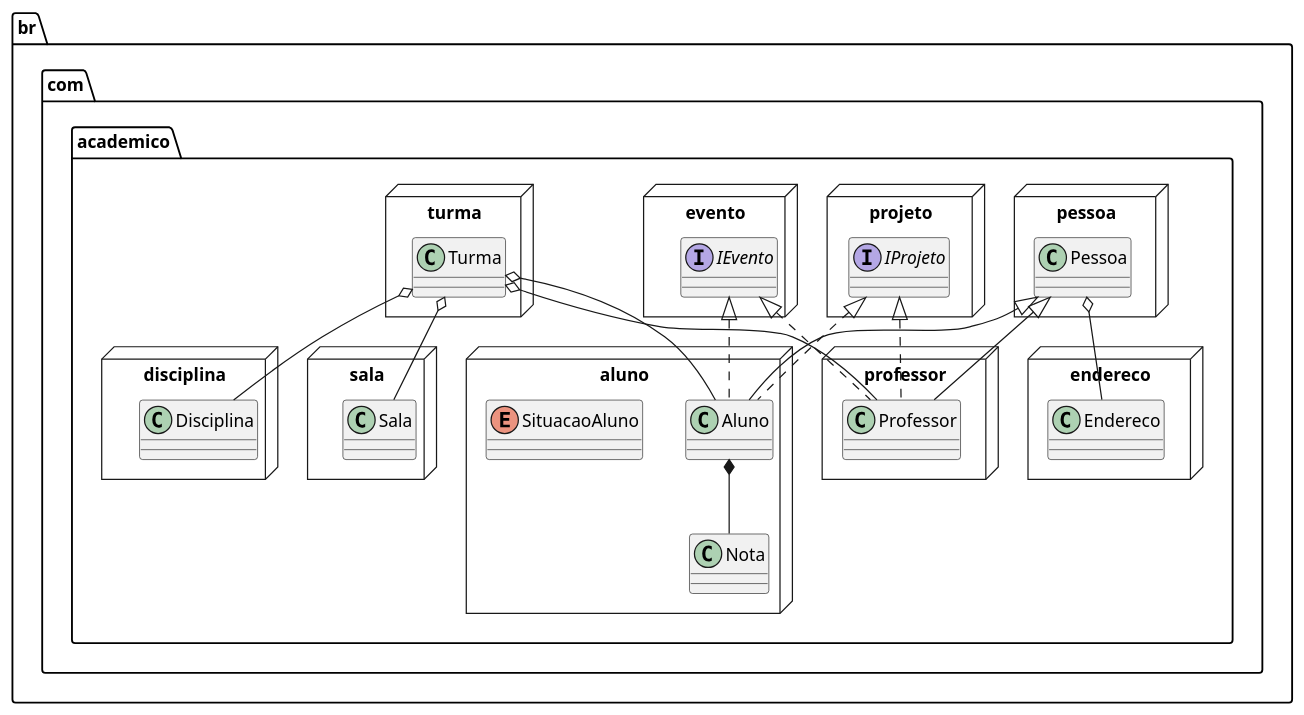
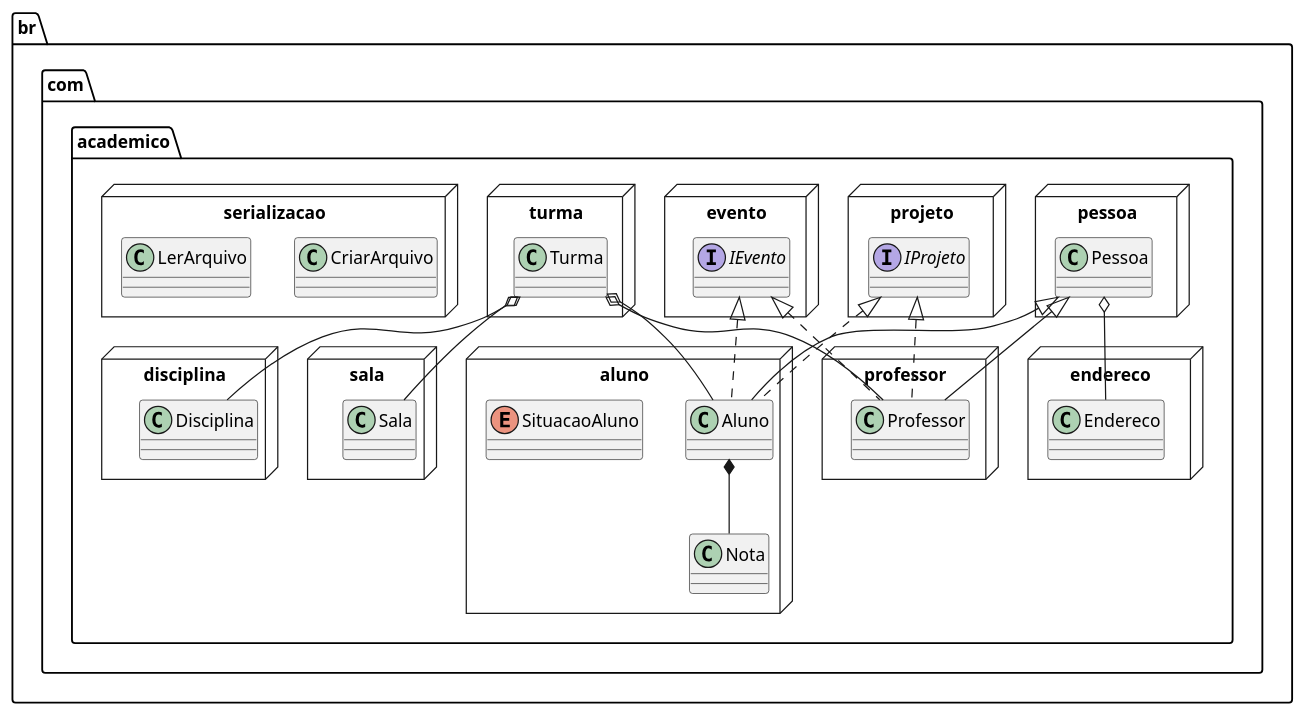
One commit to diegoarmandoo/academico-api changed the diagram in diagramas/DiagramaPacotes.wsd. Above: the diagram before and after it, drawn with PlantUML.

Commit message:
refactor(DiagramaPacote): define o pacote para serialização
- Usando convenções de nomeclatura e estratégia de empacotamento by layer
- Define as classes que vão estar nesse pacote

```diff
--- a/diagramas/DiagramaPacotes.wsd
+++ b/diagramas/DiagramaPacotes.wsd
@@ -1,52 +1,57 @@
 @startuml Academico
 
     package br.com.academico.endereco <<Node>> {
         Class Endereco
     }
 
     package br.com.academico.professor <<Node>> {
         class Professor
     }
 
     package br.com.academico.aluno <<Node>> {
 		class Aluno
         enum SituacaoAluno
         Aluno *-- Nota
     }
 
     package br.com.academico.pessoa <<Node>> {
 		class Pessoa
         Pessoa o-- Endereco
         Pessoa <|-- Aluno
 		Pessoa <|-- Professor
     }
 
     package br.com.academico.projeto <<Node>> {
 		interface IProjeto
         IProjeto <|.. Professor
         IProjeto <|.. Aluno
     }
 
     package br.com.academico.evento <<Node>> {
 	    interface IEvento
         IEvento <|.. Professor
         IEvento <|.. Aluno
     }
 
     package br.com.academico.sala <<Node>> {
 		class Sala			   
 	}
 
     package br.com.academico.disciplina <<Node>> {
 	    class Disciplina
 	}
 
     package br.com.academico.turma <<Node>> {
 		class Turma
         Turma o-- Professor
         Turma o-- Sala
         Turma o-- Disciplina
         Turma o-- Aluno
-    }    
+    }
+
+    package br.com.academico.serializacao <<Node>> {
+        class CriarArquivo
+        class LerArquivo
+    }
 
 @enduml
```
